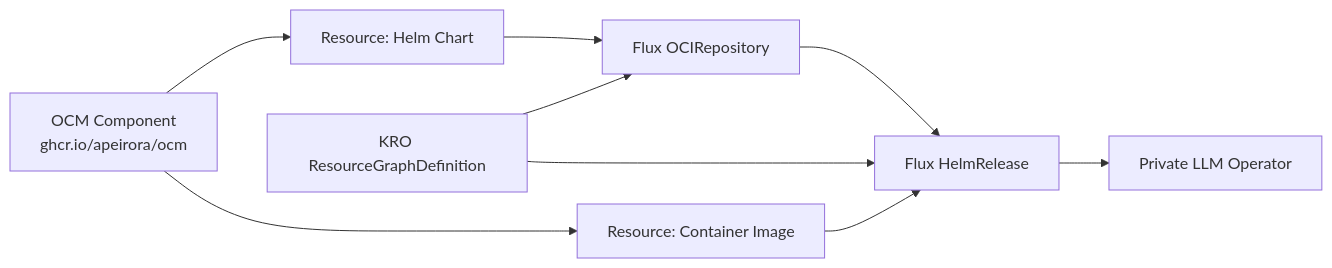
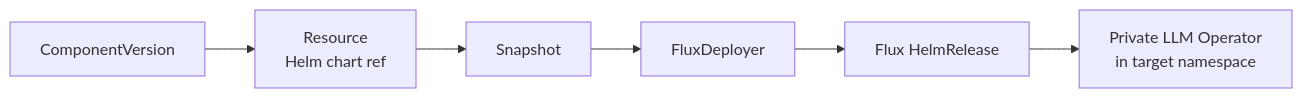
One commit to apeirora/showroom-msp-private-llm changed the diagram in docs/installation-ocm.md. Above: the diagram before and after it, drawn with Mermaid. The commit also changed other lines of this file, not shown here.

Commit message:
docs: update OCM installation guide to match current implementation

````diff
--- a/docs/installation-ocm.md
+++ b/docs/installation-ocm.md
@@ -18,12 +19,8 @@
 ```mermaid
 graph LR
-    OCM[OCM Component<br>ghcr.io/apeirora/ocm] --> Resource_Chart[Resource: Helm Chart]
-    OCM --> Resource_Image[Resource: Container Image]
-    Resource_Chart --> Flux_OCI[Flux OCIRepository]
-    Flux_OCI --> Flux_HR[Flux HelmRelease]
-    Resource_Image --> Flux_HR
-    Flux_HR --> Operator[Private LLM Operator]
-
-    KRO[KRO ResourceGraphDefinition] --> Flux_OCI
-    KRO --> Flux_HR
+    CV[ComponentVersion] --> R[Resource<br>Helm chart ref]
+    R --> S[Snapshot]
+    S --> FD[FluxDeployer]
+    FD --> HR[Flux HelmRelease]
+    HR --> Op[Private LLM Operator<br>in target namespace]
 ```
````
